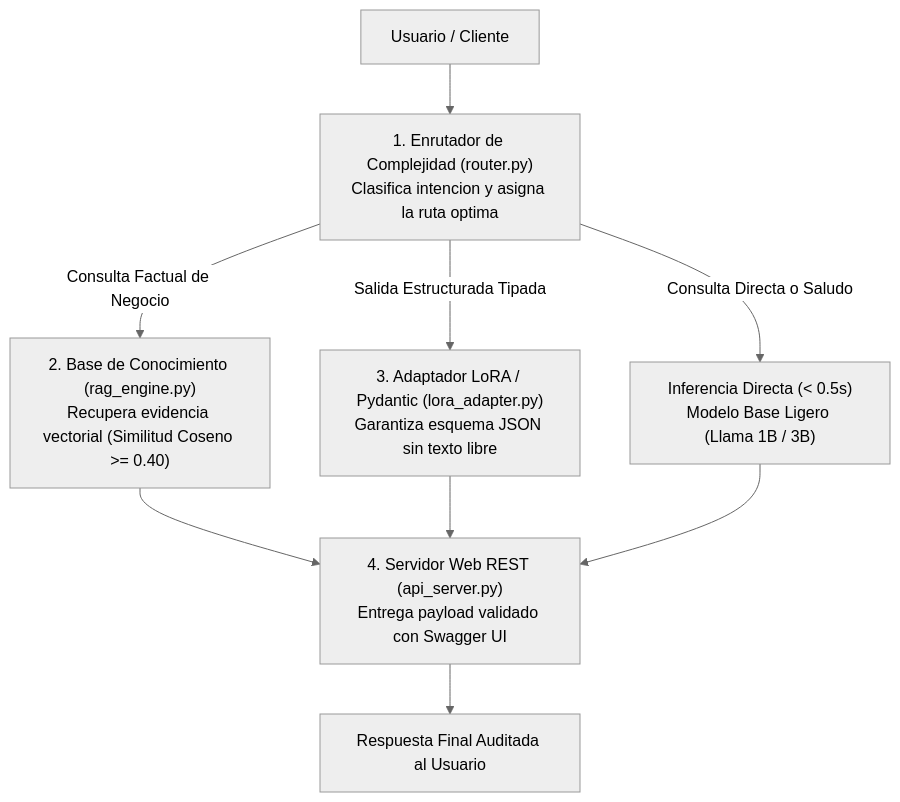
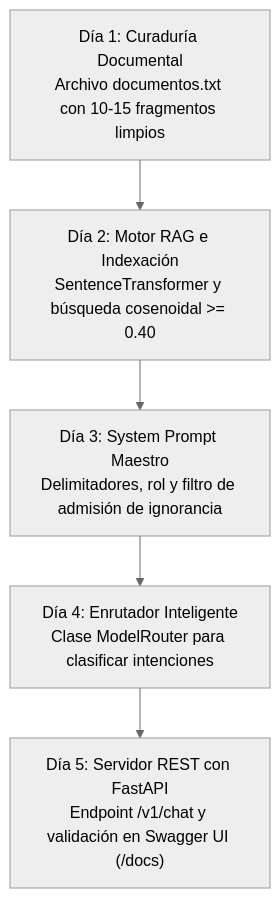
The diagram in docs/modulo-1-fundamentos-ia/hackathon-guia-participante.md (jjho05/meta-llama-engineering-labs), drawn with Mermaid (neutral theme) before and after one commit. The commit also changed other lines of this file, not shown here.

````diff
--- a/docs/modulo-1-fundamentos-ia/hackathon-guia-participante.md
+++ b/docs/modulo-1-fundamentos-ia/hackathon-guia-participante.md
@@ -21,11 +62,7 @@
 ```mermaid
 graph TD
-    User["Usuario / Cliente"] --> Router["1. Enrutador de Complejidad (router.py)<br>Clasifica intencion y asigna la ruta optima"]
-    Router -->|"Consulta Directa o Saludo"| FastLLM["Inferencia Directa (< 0.5s)<br>Modelo Base Ligero (Llama 1B / 3B)"]
-    Router -->|"Consulta Factual de Negocio"| RAG["2. Base de Conocimiento (rag_engine.py)<br>Recupera evidencia vectorial (Similitud Coseno >= 0.40)"]
-    Router -->|"Salida Estructurada Tipada"| LoRA["3. Adaptador LoRA / Pydantic (lora_adapter.py)<br>Garantiza esquema JSON sin texto libre"]
-    RAG --> API["4. Servidor Web REST (api_server.py)<br>Entrega payload validado con Swagger UI"]
-    LoRA --> API
-    FastLLM --> API
-    API --> Final["Respuesta Final Auditada al Usuario"]
+    D1["Día 1: Curaduría Documental<br>Archivo documentos.txt con 10-15 fragmentos limpios"] --> D2["Día 2: Motor RAG e Indexación<br>SentenceTransformer y búsqueda cosenoidal >= 0.40"]
+    D2 --> D3["Día 3: System Prompt Maestro<br>Delimitadores, rol y filtro de admisión de ignorancia"]
+    D3 --> D4["Día 4: Enrutador Inteligente<br>Clase ModelRouter para clasificar intenciones"]
+    D4 --> D5["Día 5: Servidor REST con FastAPI<br>Endpoint /v1/chat y validación en Swagger UI (/docs)"]
 ```
````
